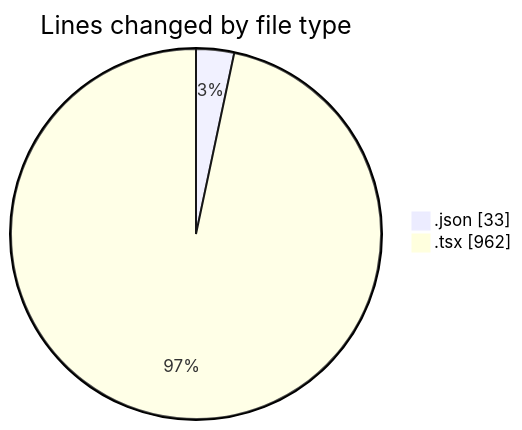
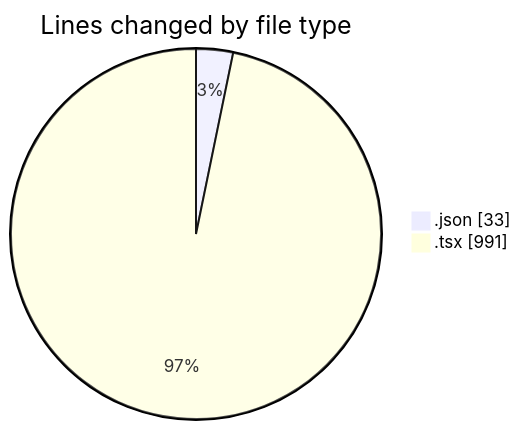
Before and after one commit to Elitesun/code-tracking: the first of 2 diagrams in 2025-03-11/projet_stage/README.md, drawn with Mermaid. The commit also changed other lines of this file and 1 other file, not shown here.

````diff
--- a/2025-03-11/projet_stage/README.md
+++ b/2025-03-11/projet_stage/README.md
@@ -28,6 +28,6 @@
 ```mermaid
 pie showData
 title Lines changed by file type
 ".json" : 33
-".tsx" : 962
+".tsx" : 991
 ```
````
